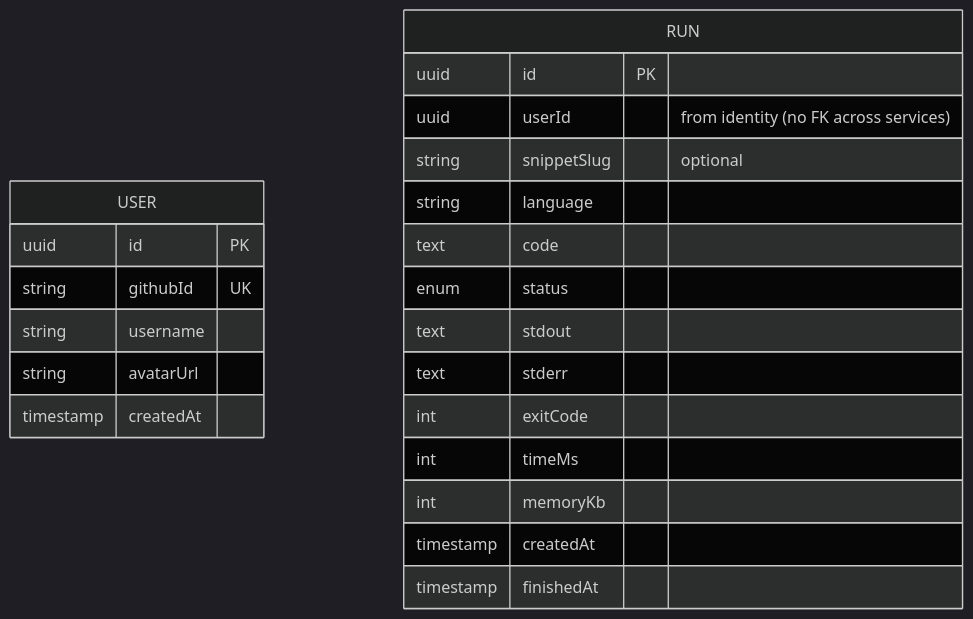
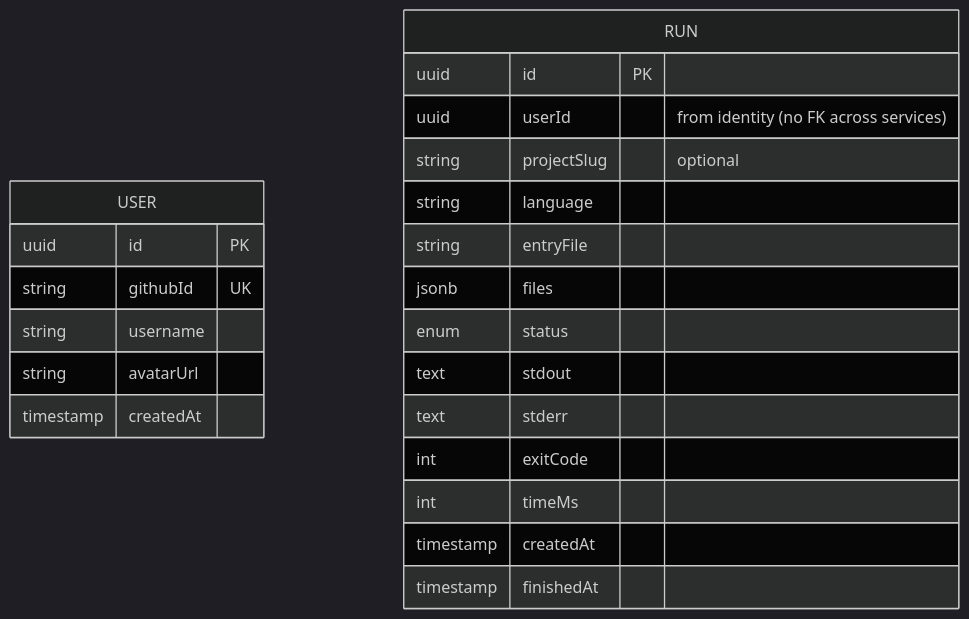
Before and after one commit to vedatcinbatexe/bytebox: the third of 5 diagrams in ARCHITECTURE.md, drawn with Mermaid (dark theme). The commit also changed other lines of this file, not shown here.

````diff
--- a/ARCHITECTURE.md
+++ b/ARCHITECTURE.md
@@ -193,25 +202,25 @@
 ```mermaid
 erDiagram
     USER {
         uuid id PK
         string githubId UK
         string username
         string avatarUrl
         timestamp createdAt
     }
     RUN {
         uuid id PK
         uuid userId "from identity (no FK across services)"
-        string snippetSlug "optional"
+        string projectSlug "optional"
         string language
-        text code
+        string entryFile
+        jsonb files
         enum status
         text stdout
         text stderr
         int exitCode
         int timeMs
-        int memoryKb
         timestamp createdAt
         timestamp finishedAt
     }
 ```
````
